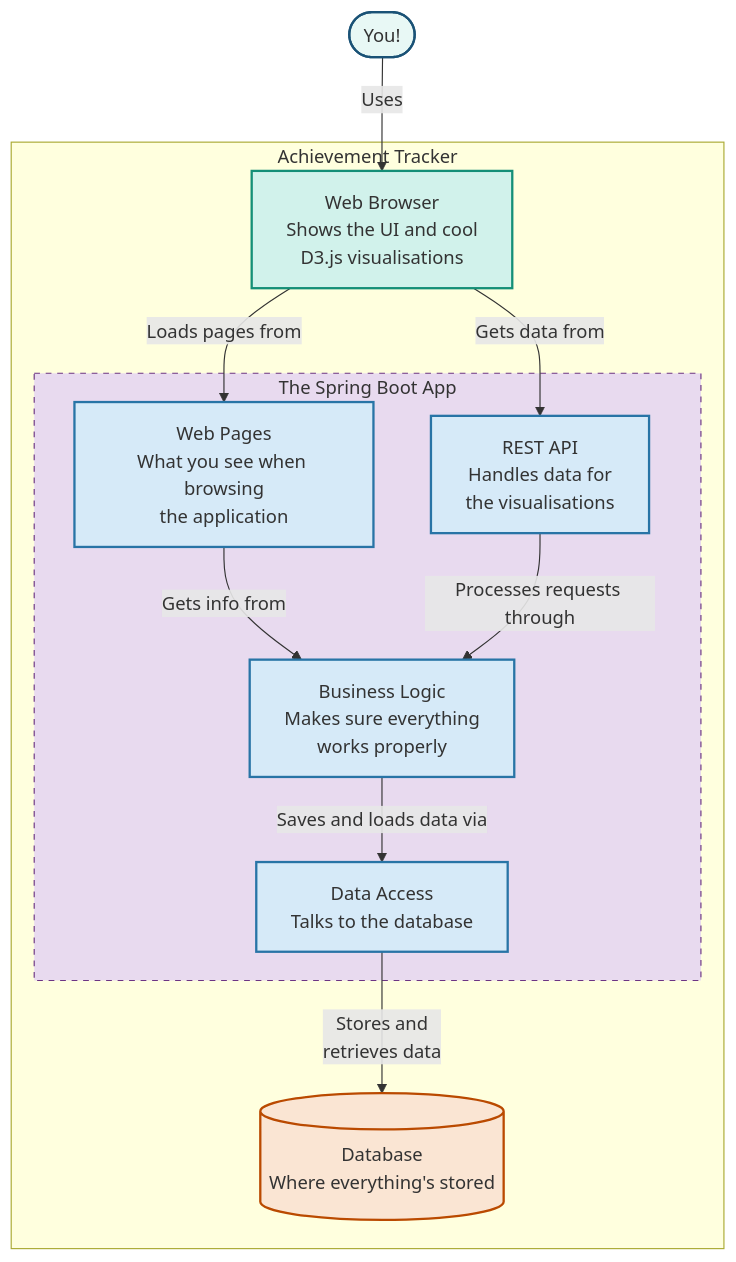
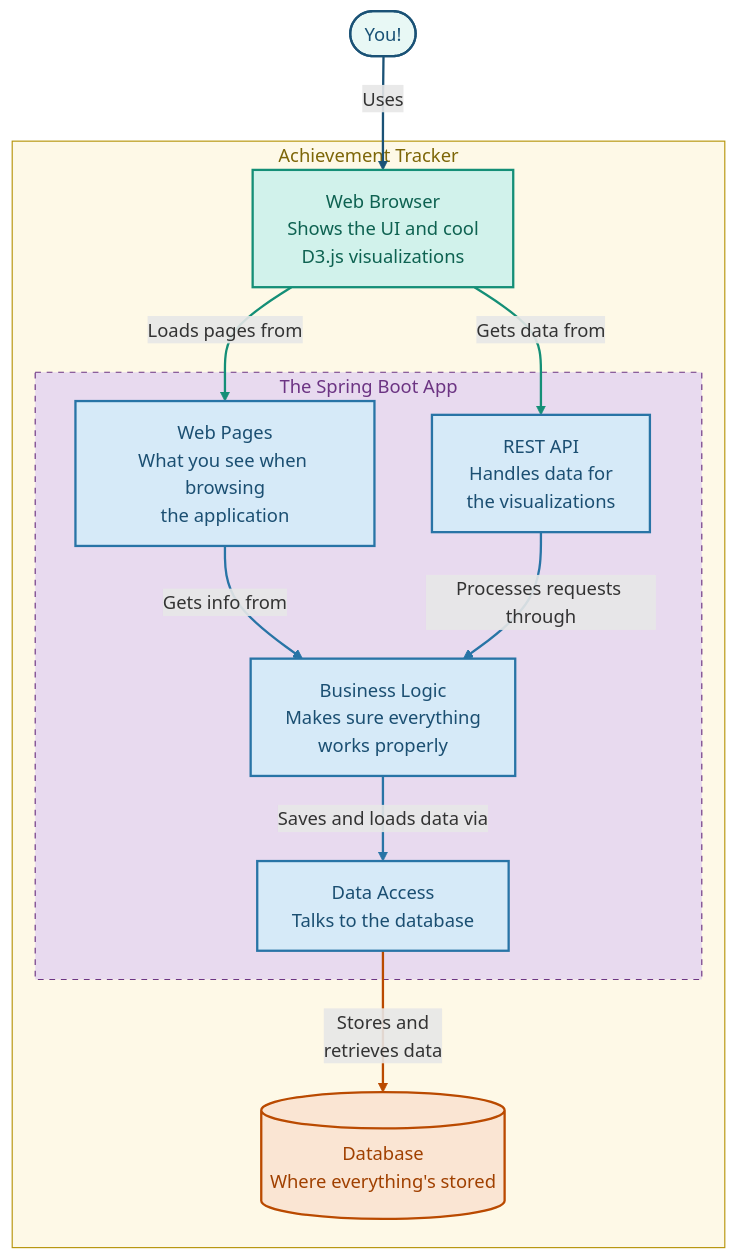
Before and after one commit to random-walkie/achievement_tracker: the diagram in README.md, drawn with Mermaid.

Commit message:
Enhance README diagram styles for colorblind accessibility

````diff
--- a/README.md
+++ b/README.md
@@ -24,34 +24,45 @@
 ```mermaid
 flowchart TD
     User(["You!"])
-    
+
     subgraph AchievementTracker["Achievement Tracker"]
-        Browser["Web Browser<br>Shows the UI and cool<br>D3.js visualisations"]
-        
+        Browser["Web Browser<br>Shows the UI and cool<br>D3.js visualizations"]
+
         subgraph SpringBootApp["The Spring Boot App"]
             WebPages["Web Pages<br>What you see when browsing<br>the application"]
-            API["REST API<br>Handles data for<br>the visualisations"]
+            API["REST API<br>Handles data for<br>the visualizations"]
             Business["Business Logic<br>Makes sure everything<br>works properly"]
             DataStuff["Data Access<br>Talks to the database"]
         end
-        
+
         DB[(Database<br>Where everything's stored)]
     end
-    
+
     User -->|"Uses"| Browser
     Browser -->|"Loads pages from"| WebPages
     Browser -->|"Gets data from"| API
     WebPages -->|"Gets info from"| Business
     API -->|"Processes requests through"| Business
     Business -->|"Saves and loads data via"| DataStuff
     DataStuff -->|"Stores and<br>retrieves data"| DB
 
-    style User fill:#E8F8F5,stroke:#1A5276,stroke-width:2px
-    style Browser fill:#D1F2EB,stroke:#148F77,stroke-width:2px
-    style WebPages fill:#D6EAF8,stroke:#2874A6,stroke-width:2px
-    style API fill:#D6EAF8,stroke:#2874A6,stroke-width:2px
-    style Business fill:#D6EAF8,stroke:#2874A6,stroke-width:2px
-    style DataStuff fill:#D6EAF8,stroke:#2874A6,stroke-width:2px
-    style DB fill:#FAE5D3,stroke:#BA4A00,stroke-width:2px
-    style SpringBootApp fill:#E8DAEF,stroke:#6C3483,stroke-width:1px,stroke-dasharray: 5 5
+%% Style all components with colorblind-friendly colors
+    style User fill:#E8F8F5,stroke:#1A5276,stroke-width:2px,color:#1A5276
+    style Browser fill:#D1F2EB,stroke:#148F77,stroke-width:2px,color:#0E6251
+    style WebPages fill:#D6EAF8,stroke:#2874A6,stroke-width:2px,color:#1B4F72
+    style API fill:#D6EAF8,stroke:#2874A6,stroke-width:2px,color:#1B4F72
+    style Business fill:#D6EAF8,stroke:#2874A6,stroke-width:2px,color:#1B4F72
+    style DataStuff fill:#D6EAF8,stroke:#2874A6,stroke-width:2px,color:#1B4F72
+    style DB fill:#FAE5D3,stroke:#BA4A00,stroke-width:2px,color:#A04000
+    style SpringBootApp fill:#E8DAEF,stroke:#6C3483,stroke-width:1px,stroke-dasharray: 5 5,color:#6C3483
+    style AchievementTracker fill:#FEF9E7,stroke:#B7950B,stroke-width:1px,color:#7D6608
+
+%% Make all linkStyle colors visible and colorblind-friendly
+    linkStyle 0 stroke:#1A5276,stroke-width:2px
+    linkStyle 1 stroke:#148F77,stroke-width:2px
+    linkStyle 2 stroke:#148F77,stroke-width:2px
+    linkStyle 3 stroke:#2874A6,stroke-width:2px
+    linkStyle 4 stroke:#2874A6,stroke-width:2px
+    linkStyle 5 stroke:#2874A6,stroke-width:2px
+    linkStyle 6 stroke:#BA4A00,stroke-width:2px
 ```
````
